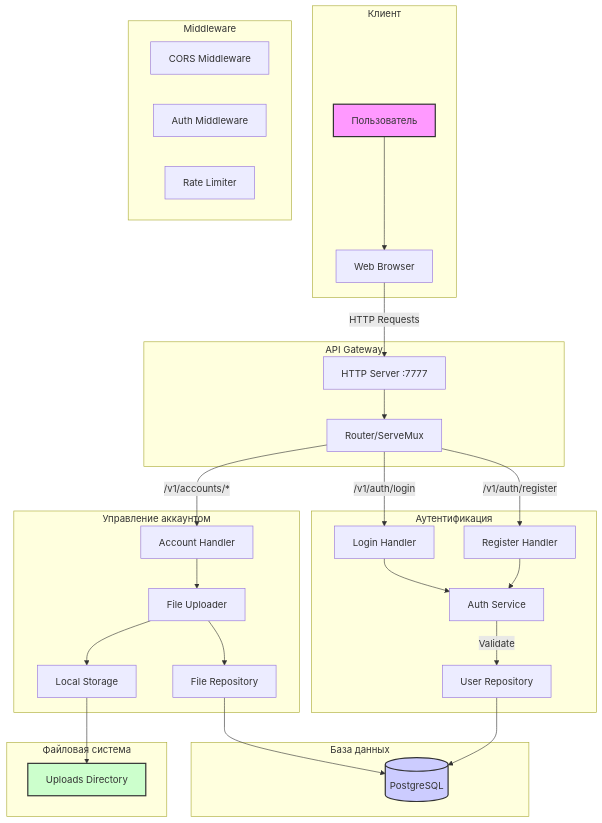
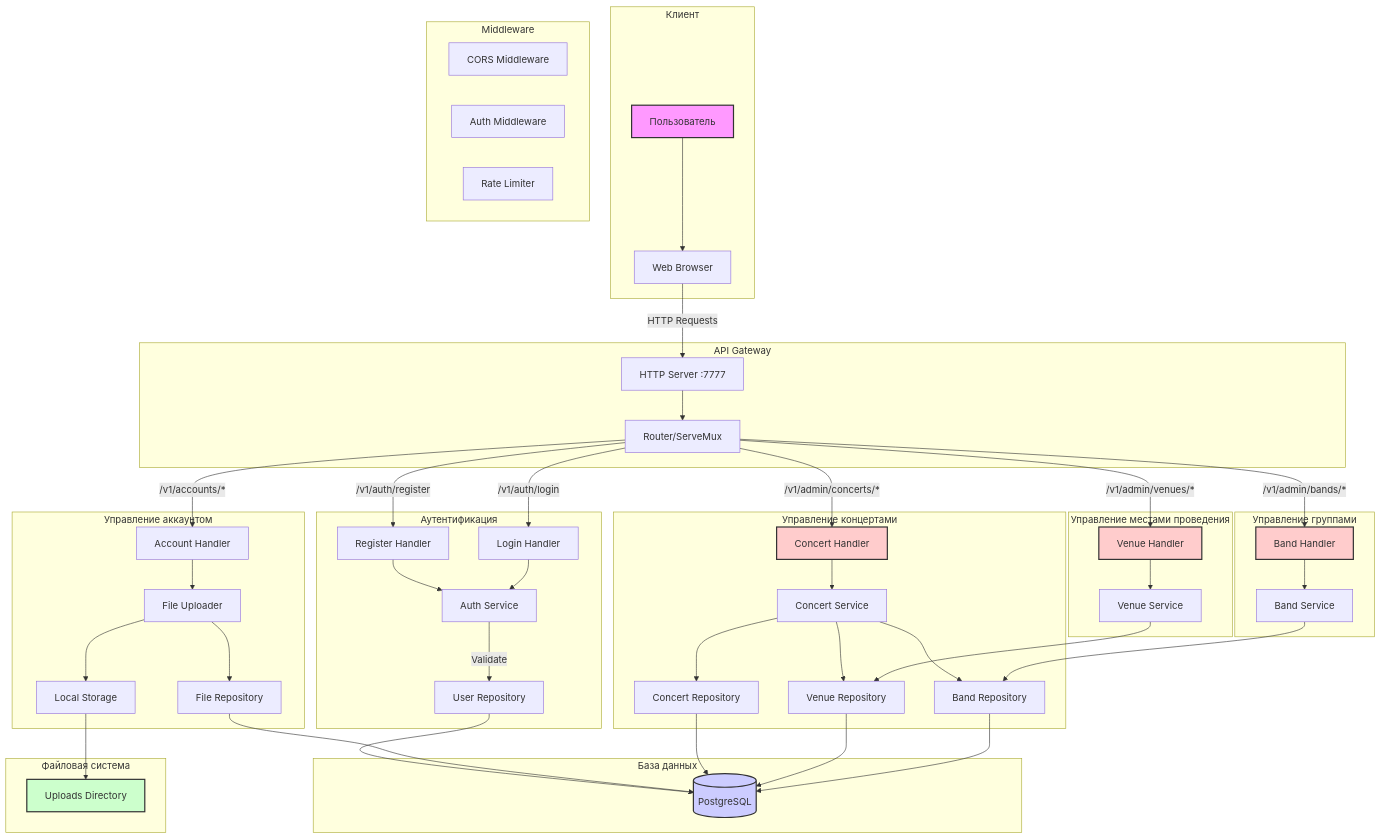
The diagram in docs/flow.md (serhiirubets/rubeticket), drawn with Mermaid before and after one commit. The commit also changed 33 other files, not shown here.

Commit message:
feat: Implement admin management for bands, concerts, and venues with CRUD operations and Swagger documentation

````diff
--- a/docs/flow.md
+++ b/docs/flow.md
@@ -1,45 +1,71 @@
 ```mermaid
 graph TD
     subgraph Клиент
         A[Пользователь] --> B[Web Browser]
     end
 
     subgraph API Gateway
         B -->|HTTP Requests| C[HTTP Server :7777]
         C --> D[Router/ServeMux]
     end
 
     subgraph Аутентификация
         D -->|/v1/auth/register| E[Register Handler]
         D -->|/v1/auth/login| F[Login Handler]
         E --> G[Auth Service]
         F --> G
         G -->|Validate| H[User Repository]
     end
 
     subgraph Управление аккаунтом
         D -->|/v1/accounts/*| I[Account Handler]
         I --> J[File Uploader]
         J --> K[Local Storage]
         J --> L[File Repository]
     end
 
+    subgraph Управление концертами
+        D -->|/v1/admin/concerts/*| R[Concert Handler]
+        R --> S[Concert Service]
+        S --> T[Concert Repository]
+        S --> U[Venue Repository]
+        S --> V[Band Repository]
+    end
+
+    subgraph Управление местами проведения
+        D -->|/v1/admin/venues/*| W[Venue Handler]
+        W --> X[Venue Service]
+        X --> U
+    end
+
+    subgraph Управление группами
+        D -->|/v1/admin/bands/*| Y[Band Handler]
+        Y --> Z[Band Service]
+        Z --> V
+    end
+
     subgraph База данных
         H --> M[(PostgreSQL)]
         L --> M
+        T --> M
+        U --> M
+        V --> M
     end
 
     subgraph Middleware
         N[CORS Middleware]
         O[Auth Middleware]
         P[Rate Limiter]
     end
 
     subgraph Файловая система
         K --> Q[Uploads Directory]
     end
 
     style A fill:#f9f,stroke:#333,stroke-width:2px
     style M fill:#ccf,stroke:#333,stroke-width:2px
     style Q fill:#cfc,stroke:#333,stroke-width:2px
+    style R fill:#fcc,stroke:#333,stroke-width:2px
+    style W fill:#fcc,stroke:#333,stroke-width:2px
+    style Y fill:#fcc,stroke:#333,stroke-width:2px
 ```
````
